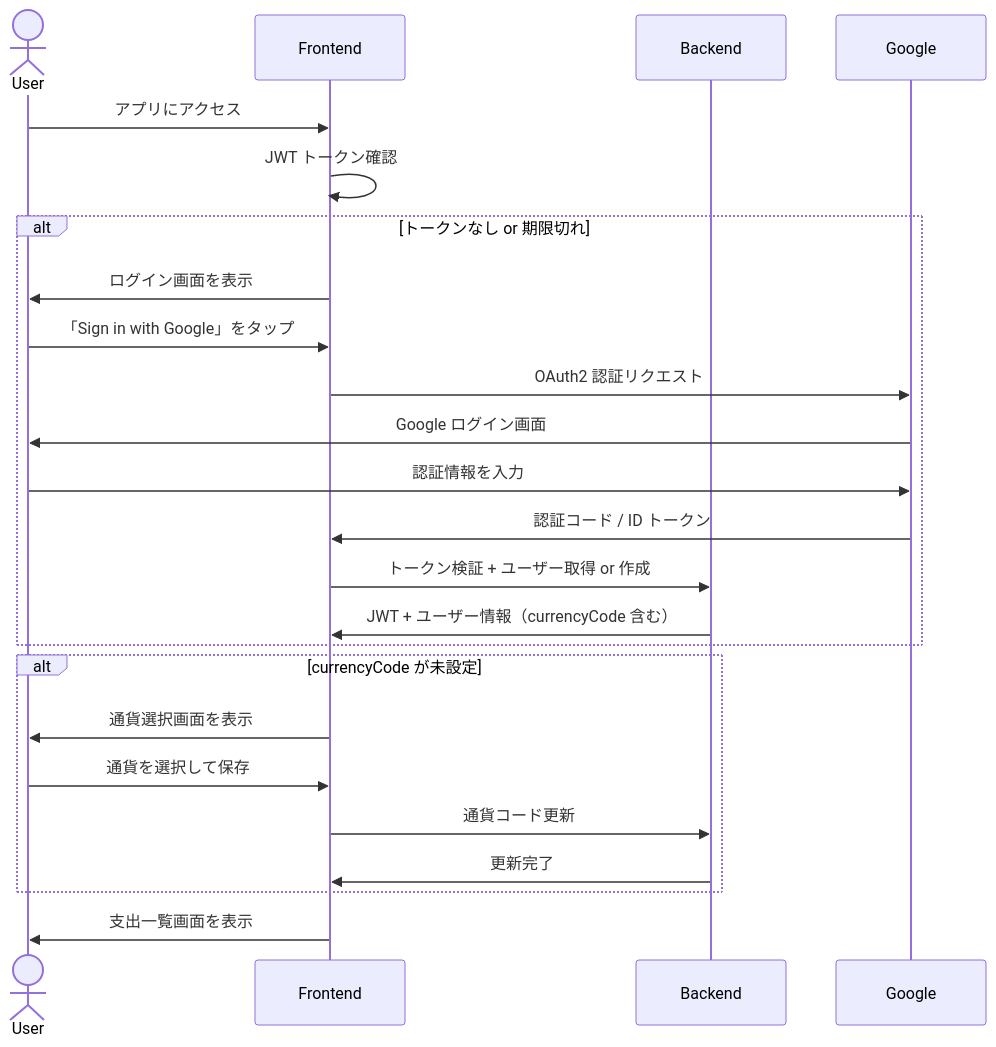
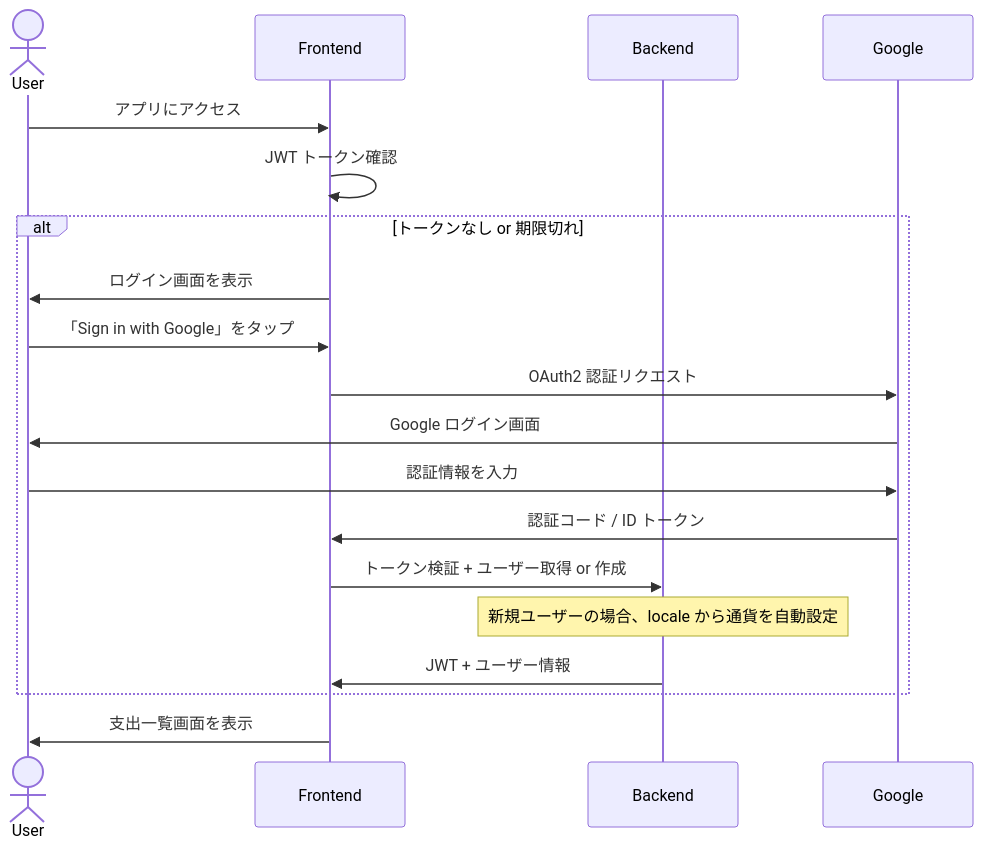
One commit to youmorry/expense-tracker changed the second of 2 diagrams in docs/03-design/screen-flow.md. Above: the diagram before and after it, drawn with Mermaid. The commit also changed other lines of this file and 3 other files, not shown here.

````diff
--- a/docs/03-design/screen-flow.md
+++ b/docs/03-design/screen-flow.md
@@ -355,30 +316,24 @@
 ```mermaid
 sequenceDiagram
     actor User
     participant FE as Frontend
     participant BE as Backend
     participant Google
 
     User->>FE: アプリにアクセス
     FE->>FE: JWT トークン確認
 
     alt トークンなし or 期限切れ
         FE->>User: ログイン画面を表示
         User->>FE: 「Sign in with Google」をタップ
         FE->>Google: OAuth2 認証リクエスト
         Google->>User: Google ログイン画面
         User->>Google: 認証情報を入力
         Google->>FE: 認証コード / ID トークン
         FE->>BE: トークン検証 + ユーザー取得 or 作成
-        BE->>FE: JWT + ユーザー情報（currencyCode 含む）
-    end
-
-    alt currencyCode が未設定
-        FE->>User: 通貨選択画面を表示
-        User->>FE: 通貨を選択して保存
-        FE->>BE: 通貨コード更新
-        BE->>FE: 更新完了
+        Note over BE: 新規ユーザーの場合、locale から通貨を自動設定
+        BE->>FE: JWT + ユーザー情報
     end
 
     FE->>User: 支出一覧画面を表示
 ```
````
